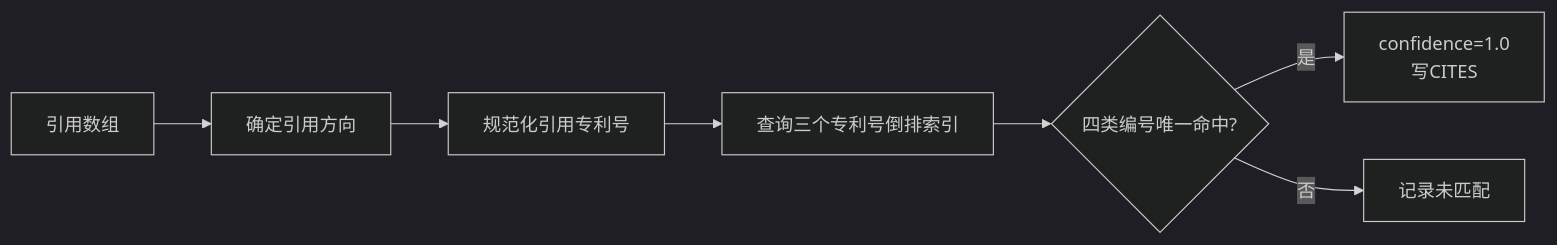
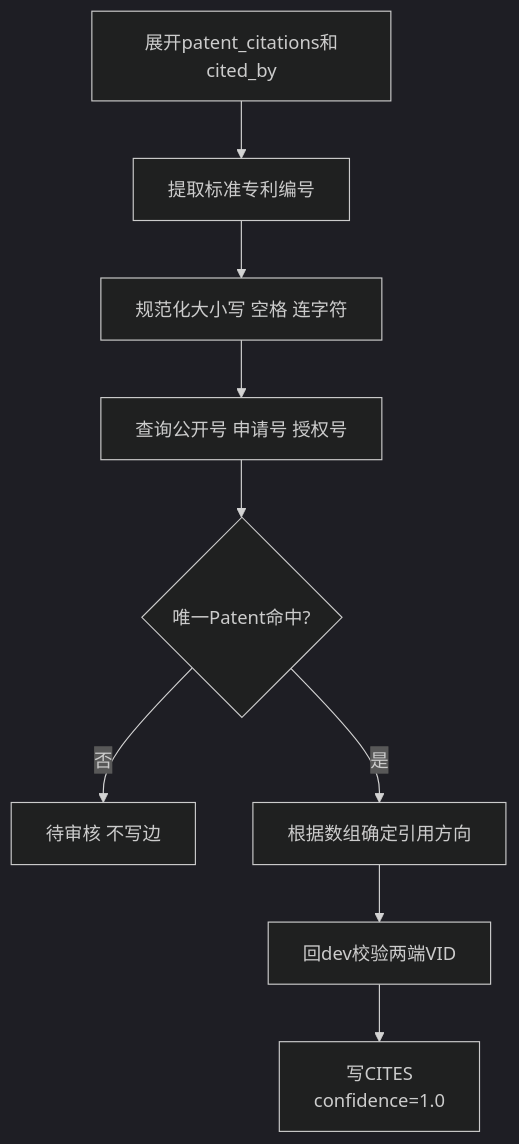
One commit to Marisolebxf/tech-kg-api changed the fifth of 10 diagrams in backend/schemas/specifications/patent_relation_extraction.md. Above: the diagram before and after it, drawn with Mermaid (dark theme). The commit also changed other lines of this file and 21 other files, not shown here.

````diff
--- a/backend/schemas/specifications/patent_relation_extraction.md
+++ b/backend/schemas/specifications/patent_relation_extraction.md
@@ -124,9 +165,11 @@
 ```mermaid
-flowchart LR
-    A[引用数组] --> B[确定引用方向]
-    B --> C[规范化引用专利号]
-    C --> D[查询三个专利号倒排索引]
-    D --> G{四类编号唯一命中?}
-    G -->|是| E[confidence=1.0<br/>写CITES]
-    G -->|否| F[记录未匹配]
+flowchart TD
+    A[展开patent_citations和cited_by] --> B[提取标准专利编号]
+    B --> C[规范化大小写 空格 连字符]
+    C --> D[查询公开号 申请号 授权号]
+    D --> E{唯一Patent命中?}
+    E -->|否| F[待审核 不写边]
+    E -->|是| G[根据数组确定引用方向]
+    G --> H[回dev校验两端VID]
+    H --> I[写CITES<br/>confidence=1.0]
 ```
````
